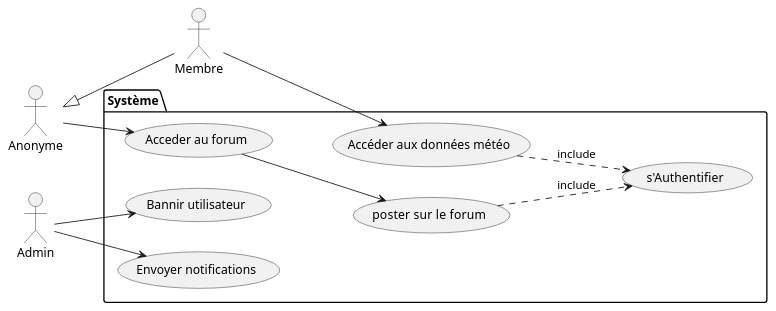
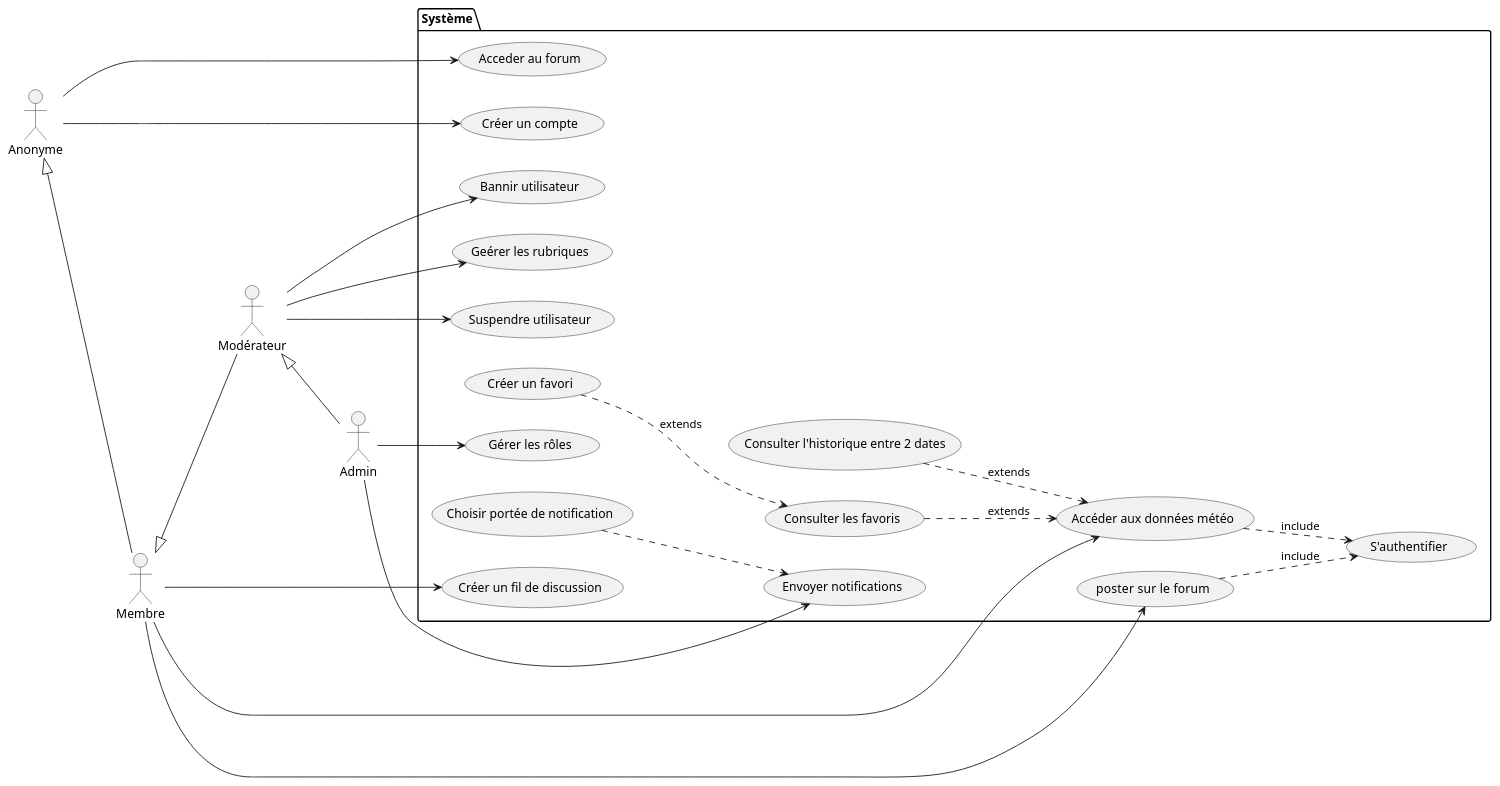
Before and after one commit to AirShareCorporation/TPMeteo: the diagram in projet.puml, drawn with PlantUML.

Commit message:
usecase v2

```diff
--- a/projet.puml
+++ b/projet.puml
@@ -1,32 +1,54 @@
 @startuml projet
 
 left to right direction
 
+actor :Anonyme:
 actor :Membre:
-actor :Anonyme:
 actor :Admin:
+actor :Modérateur:
 
 
 
 package Système {
+        usecase "Geérer les rubriques" as admin
+        usecase "Suspendre utilisateur" as timeout
         usecase "Bannir utilisateur" as ban
         usecase "Acceder au forum" as forum
         usecase "poster sur le  forum" as post
         usecase "Envoyer notifications" as notify
-        usecase "s'Authentifier" as connect
+        usecase "S'authentifier" as connect
         usecase "Accéder aux données météo" as meteo
+        usecase "Créer un compte" as register
+        usecase  "Consulter l'historique entre 2 dates" as history
+        usecase  "Consulter les favoris" as favorite
+        usecase  "Créer un favori" as createFavorite
+        usecase  "Créer un fil de discussion" as createSubForum
+        usecase  "Choisir portée de notification" as notifRange
+        usecase  "Gérer les rôles" as roles
+
 }
 
 
 Anonyme <|-- Membre
-Admin --> ban
+Membre <|-- Modérateur
+Modérateur <|-- Admin
+Modérateur --> ban
+Admin --> roles
+Modérateur --> admin
 Admin --> notify
+Modérateur --> timeout
 post .-> connect : include
 meteo .-> connect : include
 Membre --> meteo
-forum --> post
+Membre --> post
+Membre --> createSubForum
 Anonyme --> forum
+Anonyme --> register
+notifRange .-> notify
+history .-> meteo : extends
+favorite .-> meteo : extends
+createFavorite .-> favorite : extends
 
 
 
 @enduml
```
